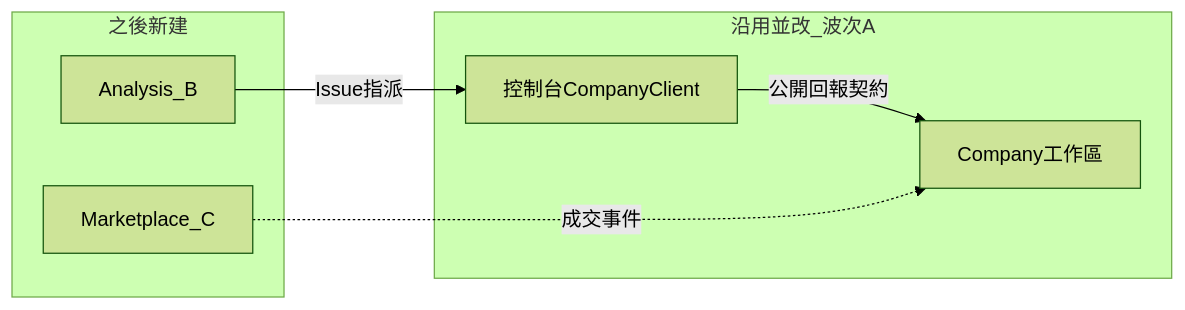
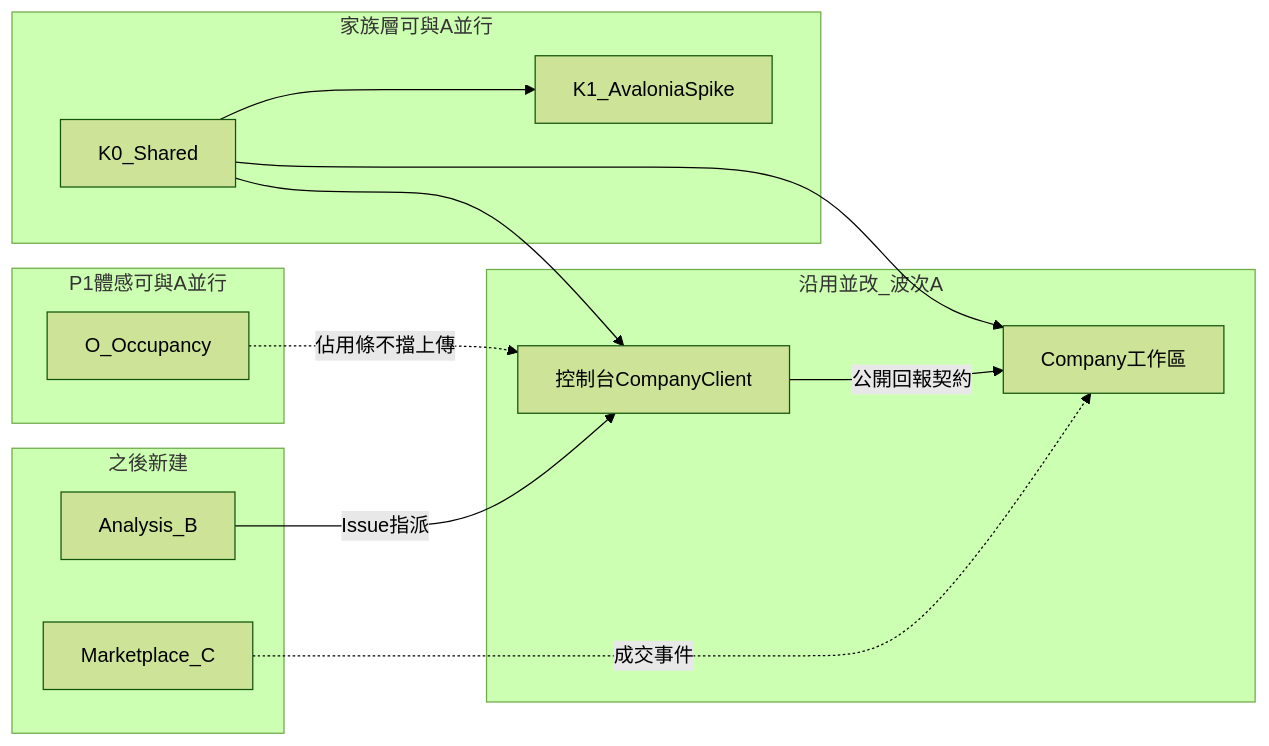
One commit to sjvann/AI_Project_Console changed the first of 2 diagrams in docs/product/execution-plan.md. Above: the diagram before and after it, drawn with Mermaid (forest theme). The commit also changed other lines of this file and 83 other files, not shown here.

````diff
--- a/docs/product/execution-plan.md
+++ b/docs/product/execution-plan.md
@@ -42,14 +55,25 @@
 ```mermaid
 flowchart LR
+  subgraph family [家族層可與A並行]
+    K0[K0_Shared]
+    K1[K1_AvaloniaSpike]
+    K0 --> K1
+  end
+  subgraph occ [P1體感可與A並行]
+    Occ[O_Occupancy]
+  end
   subgraph reuse [沿用並改_波次A]
     Co[Company工作區]
     Con[控制台CompanyClient]
   end
   subgraph later [之後新建]
     Ana[Analysis_B]
     Mkt[Marketplace_C]
   end
+  K0 --> Co
+  K0 --> Con
+  Occ -.->|佔用條不擋上傳| Con
   Con -->|公開回報契約| Co
   Ana -->|Issue指派| Con
   Mkt -.->|成交事件| Co
 ```
````
